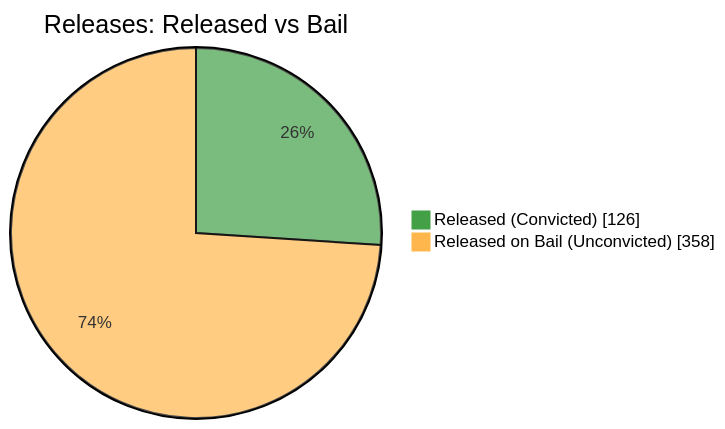
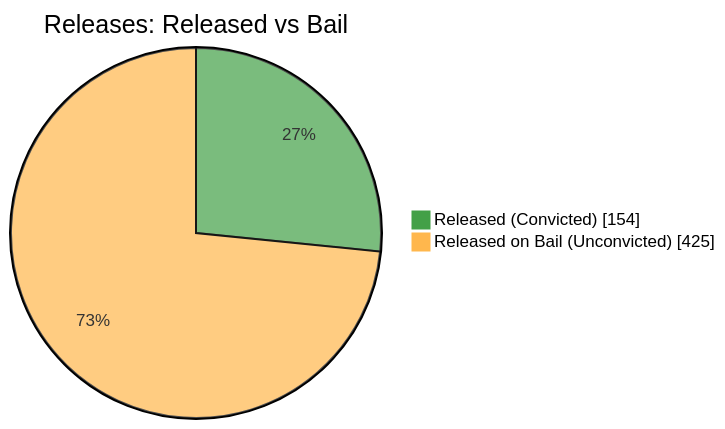
One commit to nuuuwan/lk_prisons changed the fifth of 7 diagrams in README.md. Above: the diagram before and after it, drawn with Mermaid. The commit also changed other lines of this file and 1 other file, not shown here.

````diff
--- a/README.md
+++ b/README.md
@@ -87,6 +87,6 @@
 ```mermaid
 %%{init: {'themeVariables': {'pie1': '#43A047', 'pie2': '#FFB74D'}}}%%
 pie showData title Releases: Released vs Bail
-    "Released (Convicted)" : 126
-    "Released on Bail (Unconvicted)" : 358
+    "Released (Convicted)" : 154
+    "Released on Bail (Unconvicted)" : 425
 ```
````
